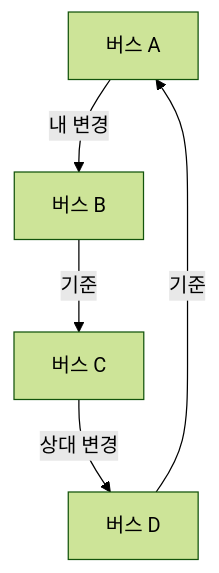
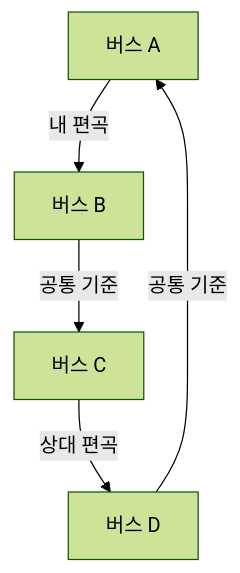
The diagram in content/posts/ayotbi-git-collaboration.md (whizzkid1452/blog), drawn with Mermaid (forest theme) before and after one commit. The commit also changed other lines of this file and 23 other files, not shown here.

````diff
--- a/content/posts/ayotbi-git-collaboration.md
+++ b/content/posts/ayotbi-git-collaboration.md
@@ -52,7 +52,7 @@
 ```mermaid
 flowchart TD
-    A["버스 A"] -->|내 변경| B["버스 B"]
-    B -->|기준| C["버스 C"]
-    C -->|상대 변경| D["버스 D"]
-    D -->|기준| A
+    A["버스 A"] -->|내 편곡| B["버스 B"]
+    B -->|공통 기준| C["버스 C"]
+    C -->|상대 편곡| D["버스 D"]
+    D -->|공통 기준| A
 ```
````
